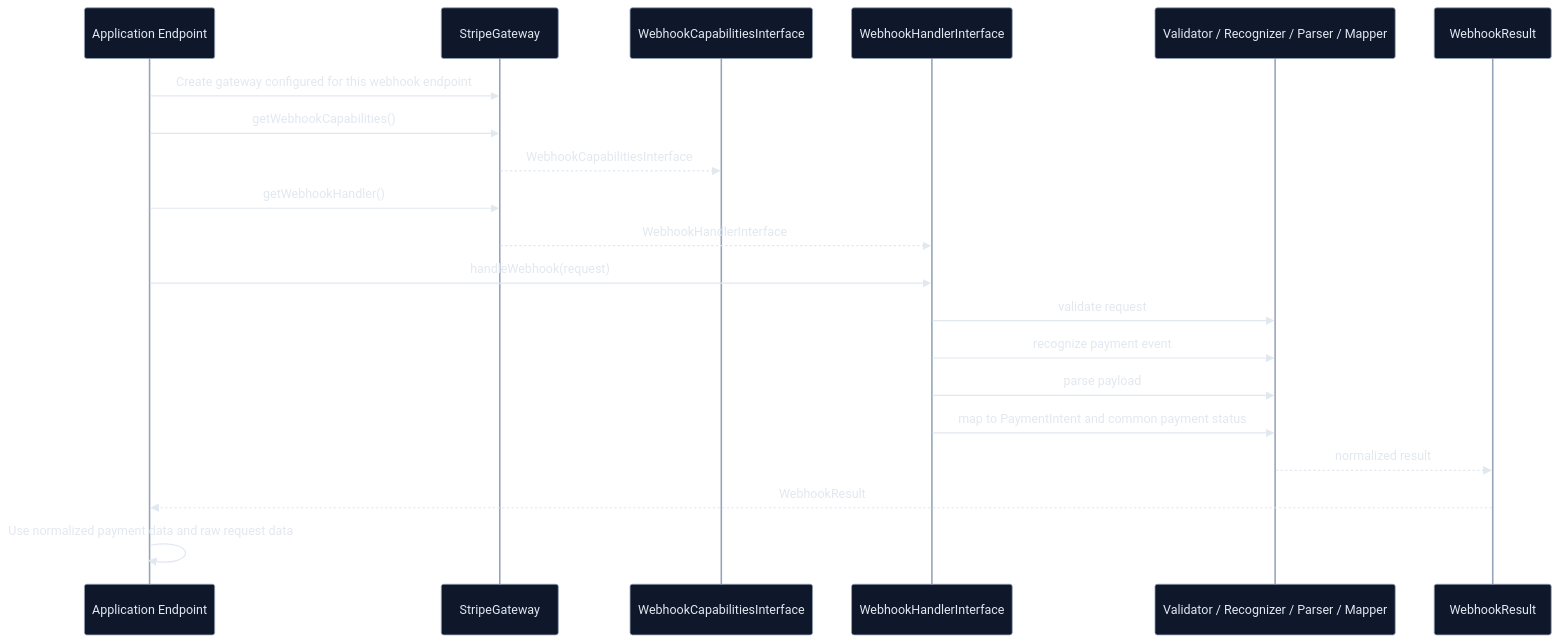
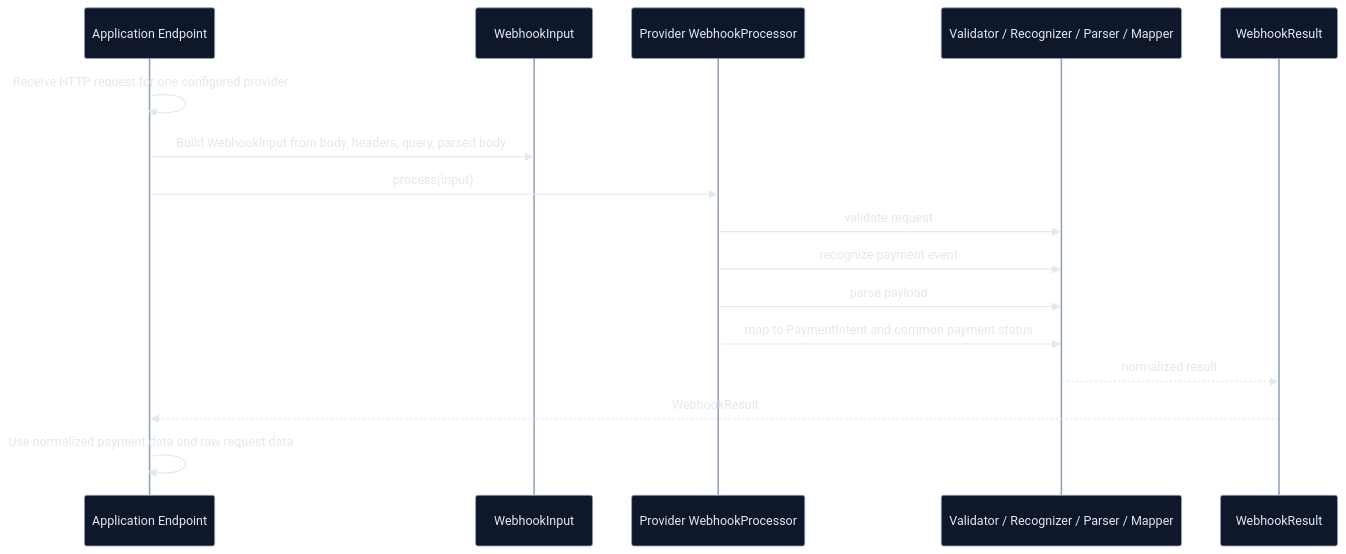
Before and after one commit to yiisoft/payments: the second of 2 diagrams in README.md, drawn with Mermaid. The commit also changed other lines of this file, not shown here.

````diff
--- a/README.md
+++ b/README.md
@@ -706,35 +704,31 @@
 ```mermaid
 %%{init: {"theme":"base","themeVariables": {
   "background":"transparent",
   "fontFamily":"ui-sans-serif, system-ui, -apple-system, Segoe UI, Roboto, Arial, sans-serif",
   "primaryColor":"#0f172a",
   "primaryTextColor":"#e2e8f0",
   "primaryBorderColor":"#94a3b8",
   "lineColor":"#94a3b8",
   "secondaryColor":"#052e16",
   "tertiaryColor":"#1e293b",
   "clusterBkg":"#0b1220",
   "clusterBorder":"#334155"
 }}}%%
 sequenceDiagram
     participant A as Application Endpoint
-    participant G as StripeGateway
-    participant C as WebhookCapabilitiesInterface
-    participant H as WebhookHandlerInterface
+    participant I as WebhookInput
+    participant P as Provider WebhookProcessor
     participant V as Validator / Recognizer / Parser / Mapper
     participant R as WebhookResult
 
-    A->>G: Create gateway configured for this webhook endpoint
-    A->>G: getWebhookCapabilities()
-    G-->>C: WebhookCapabilitiesInterface
-    A->>G: getWebhookHandler()
-    G-->>H: WebhookHandlerInterface
-    A->>H: handleWebhook(request)
-    H->>V: validate request
-    H->>V: recognize payment event
-    H->>V: parse payload
-    H->>V: map to PaymentIntent and common payment status
+    A->>A: Receive HTTP request for one configured provider
+    A->>I: Build WebhookInput from body, headers, query, parsed body
+    A->>P: process(input)
+    P->>V: validate request
+    P->>V: recognize payment event
+    P->>V: parse payload
+    P->>V: map to PaymentIntent and common payment status
     V-->>R: normalized result
     R-->>A: WebhookResult
     A->>A: Use normalized payment data and raw request data
 ```
````
